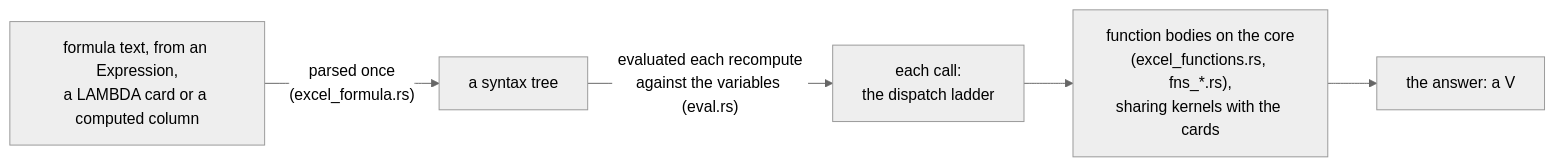
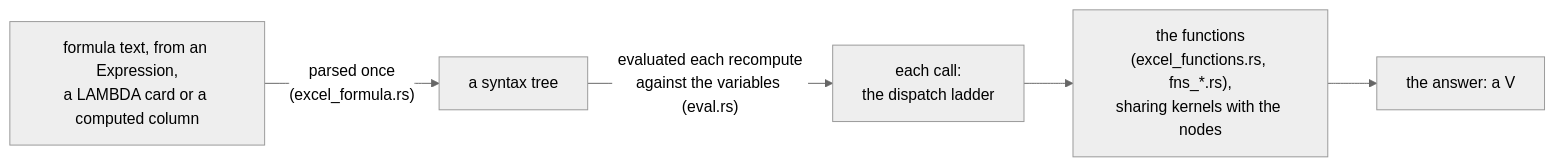
Before and after one commit to bubba8587/solenoid: the first of 6 diagrams in tree/specs/computation/formula-language.md, drawn with Mermaid (neutral theme). The commit also changed other lines of this file and 282 other files, not shown here.

````diff
--- a/tree/specs/computation/formula-language.md
+++ b/tree/specs/computation/formula-language.md
@@ -17,7 +17,7 @@
 ```mermaid
 flowchart LR
     text["formula text, from an Expression,<br>a LAMBDA card or a computed column"] -->|"parsed once<br>(excel_formula.rs)"| tree["a syntax tree"]
     tree -->|"evaluated each recompute<br>against the variables (eval.rs)"| calls["each call:<br>the dispatch ladder"]
-    calls --> bodies["function bodies on the core<br>(excel_functions.rs, fns_*.rs),<br>sharing kernels with the cards"]
+    calls --> bodies["the functions<br>(excel_functions.rs, fns_*.rs),<br>sharing kernels with the nodes"]
     bodies --> ans["the answer: a V"]
 ```
````
